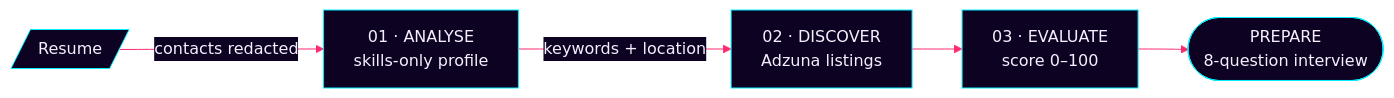
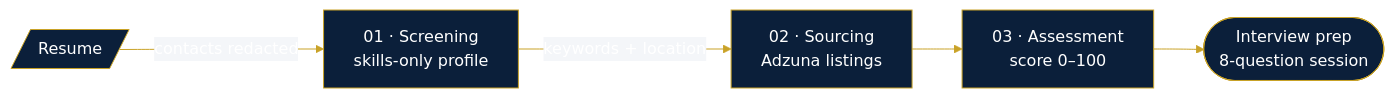
One commit to harshgupta257/InterviewIq changed the first of 2 diagrams in README.md. Above: the diagram before and after it, drawn with Mermaid. The commit also changed other lines of this file and 3 other files, not shown here.

````diff
--- a/README.md
+++ b/README.md
@@ -161,8 +166,8 @@
 ```mermaid
-%%{init: {'theme':'base','themeVariables':{'background':'#05010d','primaryColor':'#0d0221','primaryTextColor':'#f5f0ff','primaryBorderColor':'#00f0ff','lineColor':'#ff2a6d','secondaryColor':'#0d0221','tertiaryColor':'#0d0221','edgeLabelBackground':'#0d0221','clusterBkg':'#05010d','clusterBorder':'#7b2cbf','titleColor':'#f9f002','fontFamily':'monospace'}}}%%
+%%{init: {'theme':'base','themeVariables':{'primaryColor':'#0b1f3a','primaryTextColor':'#ffffff','primaryBorderColor':'#c9a227','lineColor':'#c9a227','secondaryColor':'#2a4a75','tertiaryColor':'#f4f6f9','textColor':'#0b1f3a','edgeLabelBackground':'#f4f6f9','clusterBkg':'#f4f6f9','clusterBorder':'#8a9ab0','titleColor':'#0b1f3a','fontFamily':'Helvetica, Arial, sans-serif'}}}%%
 flowchart LR
-    R[/"Resume"/] -- "contacts redacted" --> P["01 · ANALYSE<br>skills-only profile"]
-    P -- "keywords + location" --> S["02 · DISCOVER<br>Adzuna listings"]
-    S --> M["03 · EVALUATE<br>score 0–100"]
-    M --> I(["PREPARE<br>8-question interview"])
+    R[/"Resume"/] -- "contacts redacted" --> P["01 · Screening<br>skills-only profile"]
+    P -- "keywords + location" --> S["02 · Sourcing<br>Adzuna listings"]
+    S --> M["03 · Assessment<br>score 0–100"]
+    M --> I(["Interview prep<br>8-question session"])
 ```
````
